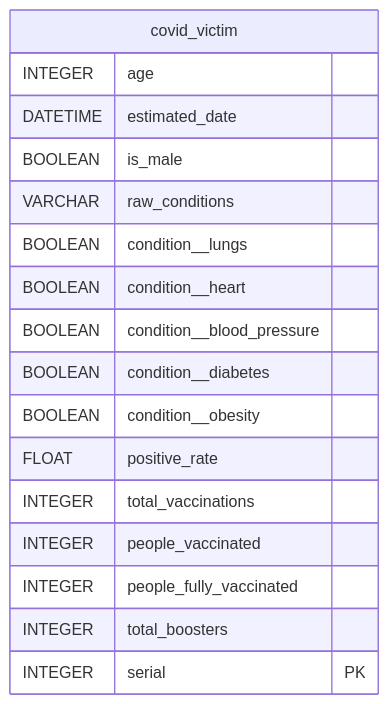
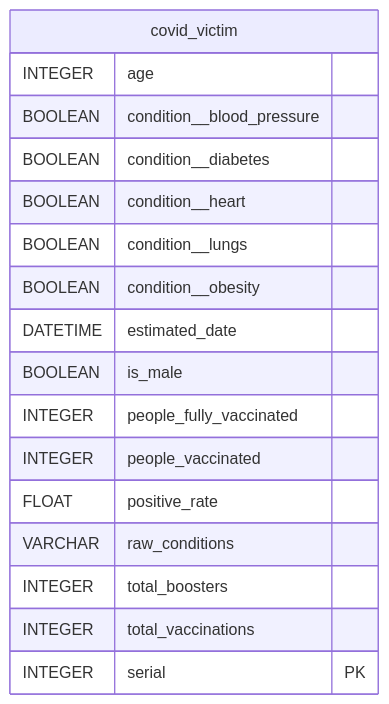
Before and after one commit to sscu-budapest/explorer: the diagram in _sources/dataset-pages/covid_victims.md, drawn with Mermaid. The commit also changed other lines of this file and 12 other files, not shown here.

````diff
--- a/_sources/dataset-pages/covid_victims.md
+++ b/_sources/dataset-pages/covid_victims.md
@@ -8,20 +8,20 @@
 ```{mermaid}
 erDiagram
   covid_victim {    
     INTEGER age      
+    BOOLEAN condition__blood_pressure      
+    BOOLEAN condition__diabetes      
+    BOOLEAN condition__heart      
+    BOOLEAN condition__lungs      
+    BOOLEAN condition__obesity      
     DATETIME estimated_date      
     BOOLEAN is_male      
+    INTEGER people_fully_vaccinated      
+    INTEGER people_vaccinated      
+    FLOAT positive_rate      
     VARCHAR raw_conditions      
-    BOOLEAN condition__lungs      
-    BOOLEAN condition__heart      
-    BOOLEAN condition__blood_pressure      
-    BOOLEAN condition__diabetes      
-    BOOLEAN condition__obesity      
-    FLOAT positive_rate      
+    INTEGER total_boosters      
     INTEGER total_vaccinations      
-    INTEGER people_vaccinated      
-    INTEGER people_fully_vaccinated      
-    INTEGER total_boosters      
     INTEGER serial PK 
   }
 ```
````
